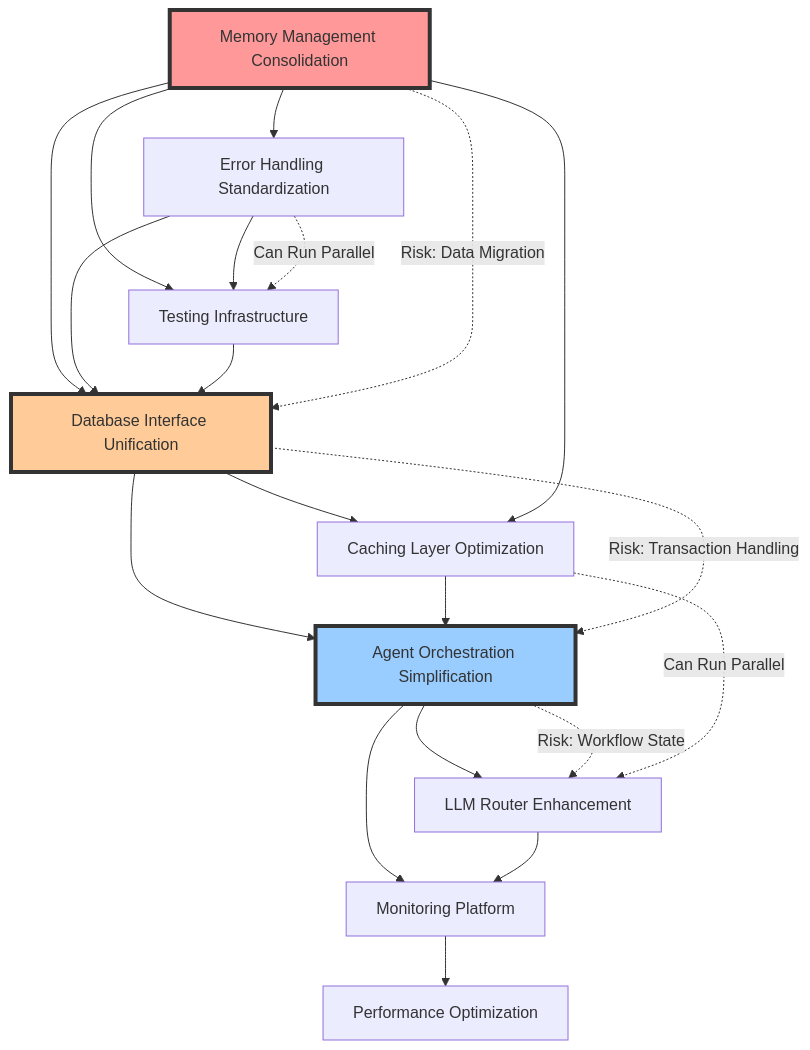
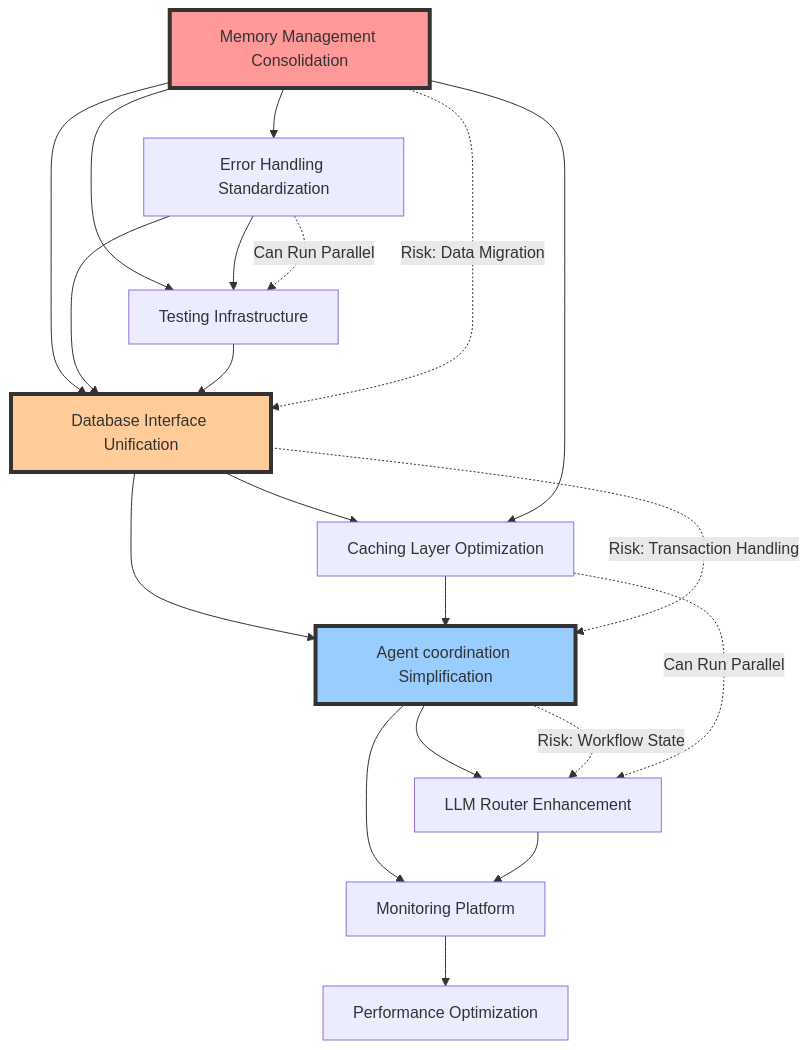
Before and after one commit to ai-cherry/orchestra-main: the first of 2 diagrams in REFACTORING_DEPENDENCY_GRAPH.md, drawn with Mermaid. The commit also changed other lines of this file and 1542 other files, not shown here.

````diff
--- a/REFACTORING_DEPENDENCY_GRAPH.md
+++ b/REFACTORING_DEPENDENCY_GRAPH.md
@@ -5,37 +5,37 @@
 ```mermaid
 graph TD
     %% Phase 1: Foundation
     A[Memory Management Consolidation] --> B[Error Handling Standardization]
     A --> C[Testing Infrastructure]
     B --> C
     
     %% Phase 2: Core Systems
     A --> D[Database Interface Unification]
     B --> D
     C --> D
     D --> E[Caching Layer Optimization]
     A --> E
     
     %% Phase 3: Intelligence
-    D --> F[Agent Orchestration Simplification]
+    D --> F[Agent coordination Simplification]
     E --> F
     F --> G[LLM Router Enhancement]
     
     %% Phase 4: Polish
     F --> H[Monitoring Platform]
     G --> H
     H --> I[Performance Optimization]
     
     %% Risk Dependencies
     A -.->|Risk: Data Migration| D
     D -.->|Risk: Transaction Handling| F
     F -.->|Risk: Workflow State| G
     
     %% Parallel Opportunities
     B -.->|Can Run Parallel| C
     E -.->|Can Run Parallel| G
     
     style A fill:#ff9999,stroke:#333,stroke-width:4px
     style D fill:#ffcc99,stroke:#333,stroke-width:4px
     style F fill:#99ccff,stroke:#333,stroke-width:4px
 ```
````
